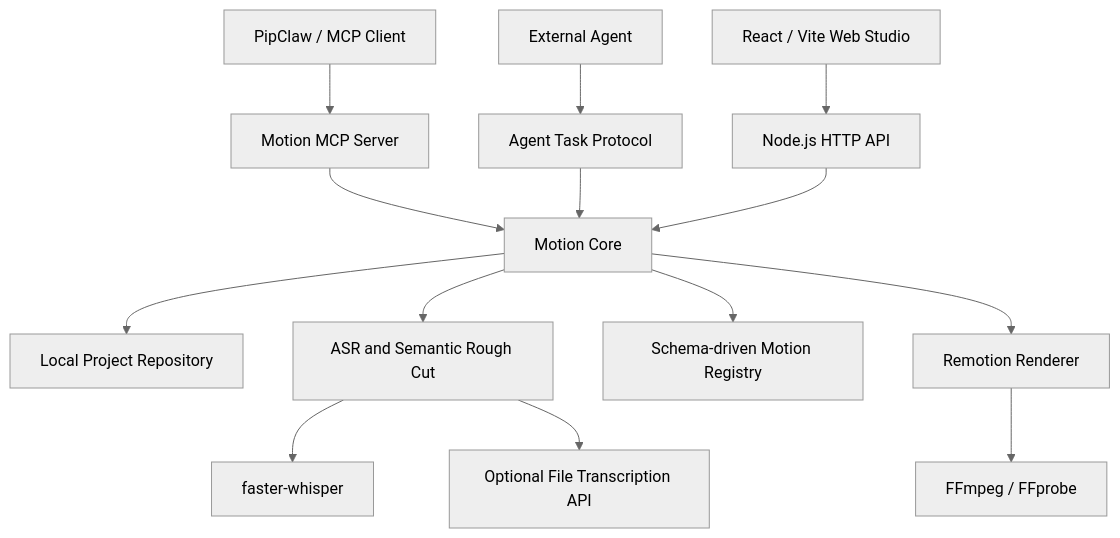
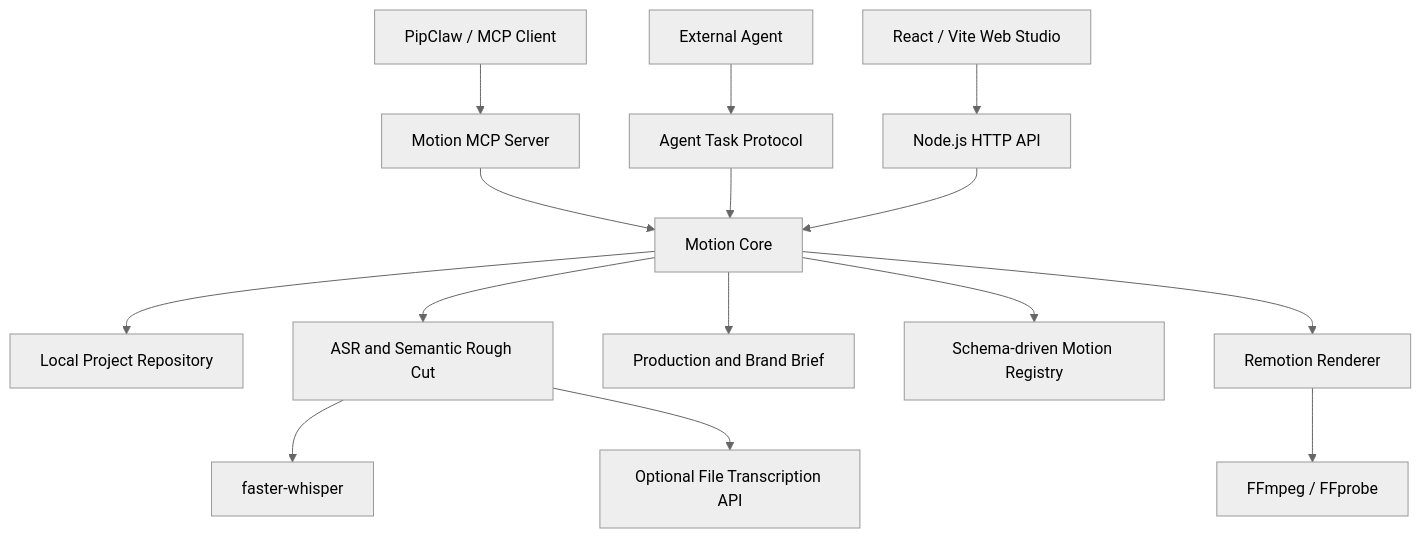
The second of 2 diagrams in README.md (TylabAI/motionmaster), drawn with Mermaid (neutral theme) before and after one commit. The commit also changed other lines of this file and 35 other files, not shown here.

````diff
--- a/README.md
+++ b/README.md
@@ -98,16 +101,17 @@
 ```mermaid
 flowchart TB
     UI[React / Vite Web Studio] --> API[Node.js HTTP API]
     MCP[PipClaw / MCP Client] --> MCPServer[Motion MCP Server]
     Agent[External Agent] --> Protocol[Agent Task Protocol]
     MCPServer --> Core[Motion Core]
     Protocol --> Core
     API --> Core
     Core --> Repo[Local Project Repository]
     Core --> ASR[ASR and Semantic Rough Cut]
+    Core --> Brief[Production and Brand Brief]
     Core --> Cards[Schema-driven Motion Registry]
     Core --> Render[Remotion Renderer]
     ASR --> FW[faster-whisper]
     ASR --> Cloud[Optional File Transcription API]
     Render --> FFmpeg[FFmpeg / FFprobe]
 ```
````
